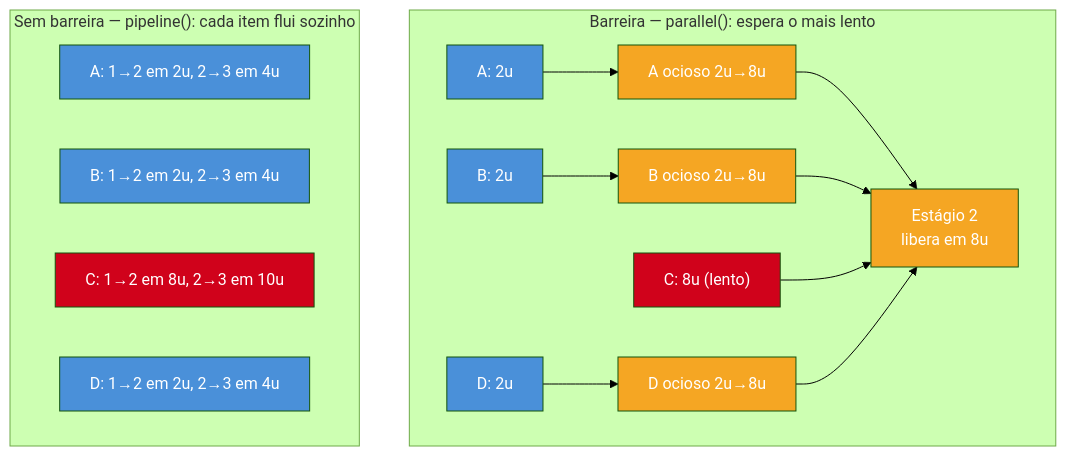
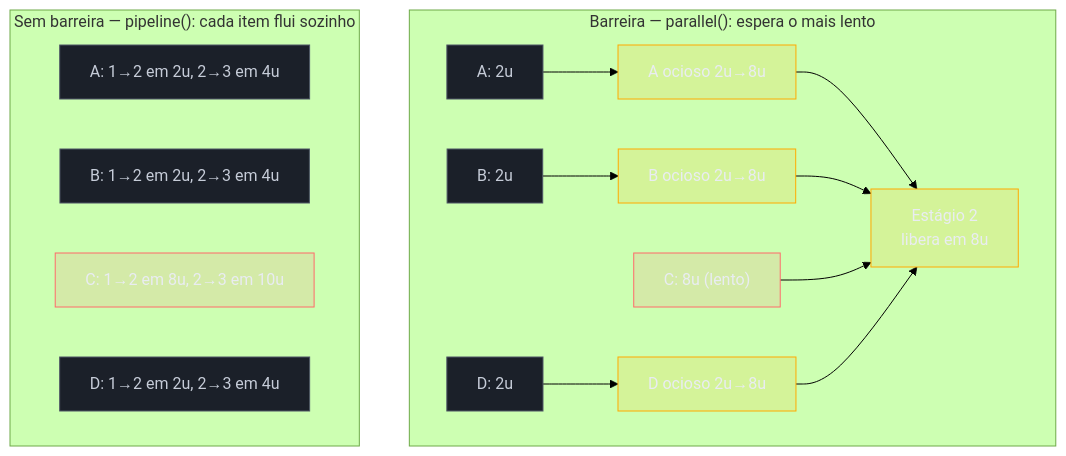
Before and after one commit to josenaldo/codex-technomanticus: the third of 3 diagrams in 03-Dominios/Tecnologia/IA/Claude Code/Workflows/12 - Orquestração em grafo — fan-out, arestas e verificadores.md, drawn with Mermaid (forest theme). The commit also changed other lines of this file and 1181 other files, not shown here.

First line of the commit message:
fix(diagramas): paleta do sistema no lugar de cor cravada no markdown

````diff
--- a/03-Dominios/Tecnologia/IA/Claude Code/Workflows/12 - Orquestração em grafo — fan-out, arestas e verificadores.md
+++ b/03-Dominios/Tecnologia/IA/Claude Code/Workflows/12 - Orquestração em grafo — fan-out, arestas e verificadores.md
@@ -339,40 +343,43 @@
 ```mermaid
 flowchart TB
+    classDef neutro fill:#1B2029,stroke:#4E5666,color:#C6CCD8
+    classDef falha fill:#FF6B6B24,stroke:#FF6B6B,color:#E9ECF2
+    classDef destaque fill:#FFAA0024,stroke:#FFAA00,color:#E9ECF2
     subgraph B["Barreira — parallel(): espera o mais lento"]
         direction LR
         bA["A: 2u"]
         bB["B: 2u"]
         bC["C: 8u (lento)"]
         bD["D: 2u"]
         bIdleA["A ocioso 2u→8u"]
         bIdleB["B ocioso 2u→8u"]
         bIdleD["D ocioso 2u→8u"]
         bGate["Estágio 2\nlibera em 8u"]
 
         bA --> bIdleA --> bGate
         bB --> bIdleB --> bGate
         bC --> bGate
         bD --> bIdleD --> bGate
     end
 
     subgraph P["Sem barreira — pipeline(): cada item flui sozinho"]
         direction LR
         pA["A: 1→2 em 2u, 2→3 em 4u"]
         pB["B: 1→2 em 2u, 2→3 em 4u"]
         pC["C: 1→2 em 8u, 2→3 em 10u"]
         pD["D: 1→2 em 2u, 2→3 em 4u"]
     end
 
-    style bA fill:#4A90D9,color:#fff
-    style bB fill:#4A90D9,color:#fff
-    style bD fill:#4A90D9,color:#fff
-    style bC fill:#D0021B,color:#fff
-    style bIdleA fill:#F5A623,color:#fff
-    style bIdleB fill:#F5A623,color:#fff
-    style bIdleD fill:#F5A623,color:#fff
-    style bGate fill:#F5A623,color:#fff
-    style pA fill:#4A90D9,color:#fff
-    style pB fill:#4A90D9,color:#fff
-    style pD fill:#4A90D9,color:#fff
-    style pC fill:#D0021B,color:#fff
+    class bA neutro
+    class bB neutro
+    class bD neutro
+    class bC falha
+    class bIdleA destaque
+    class bIdleB destaque
+    class bIdleD destaque
+    class bGate destaque
+    class pA neutro
+    class pB neutro
+    class pD neutro
+    class pC falha
 ```
````
